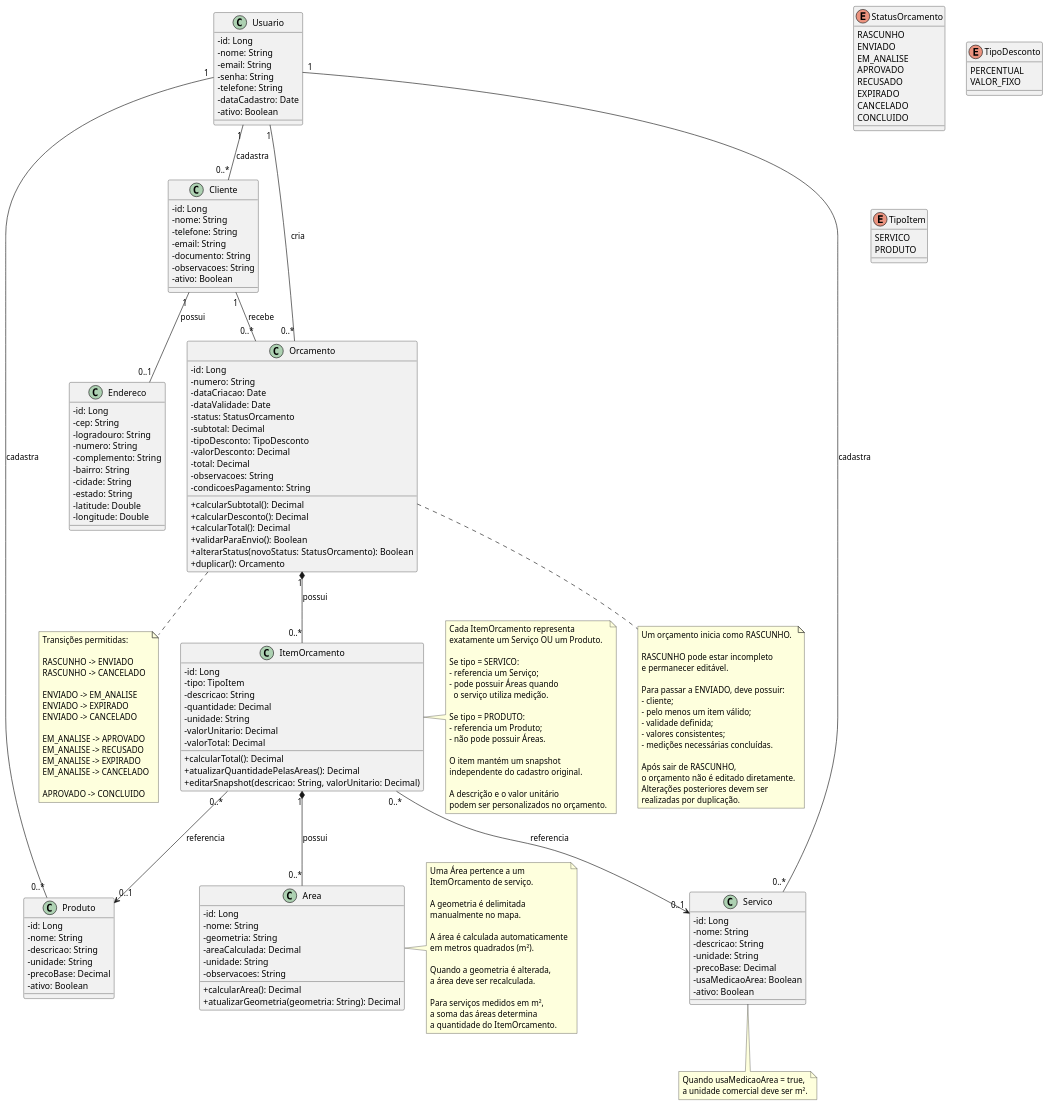
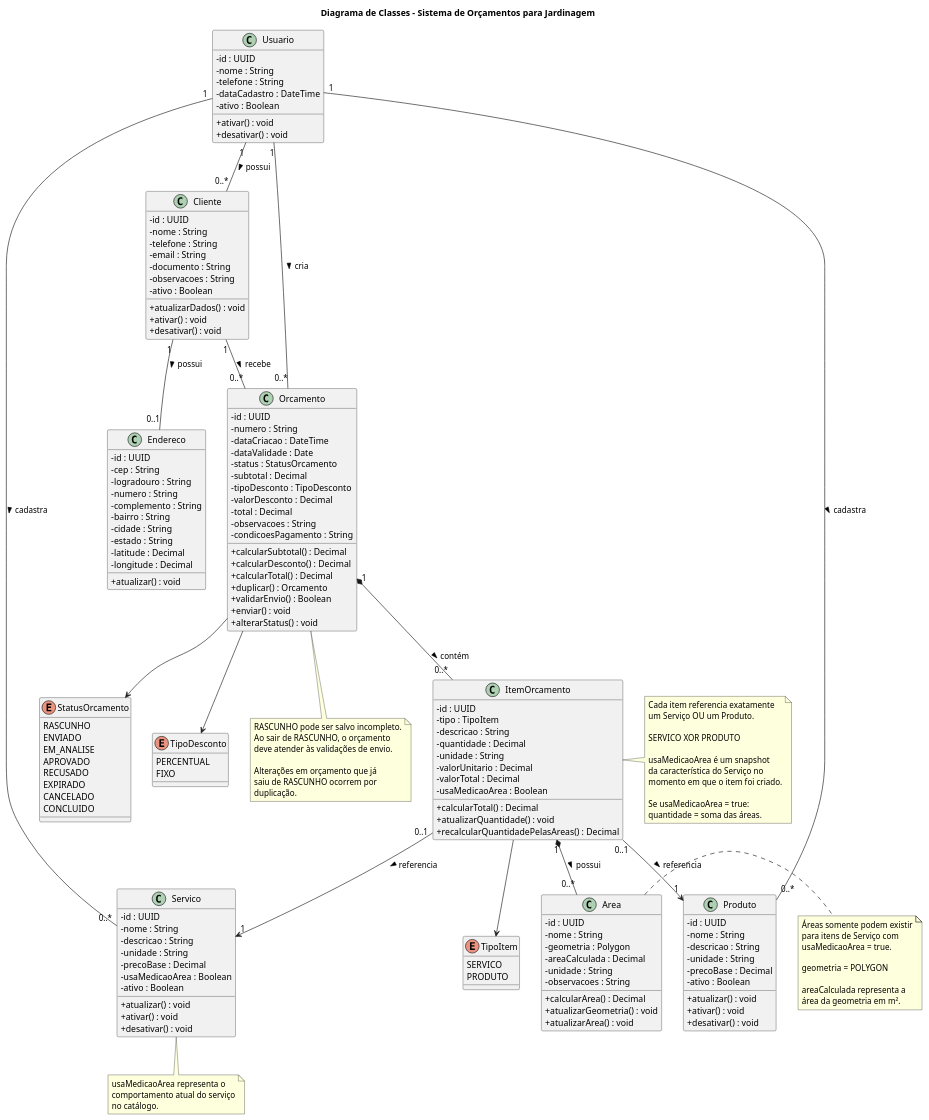
The diagram in docs/uml/classes.puml (luanmasao/jardinagem-app), drawn with PlantUML before and after one commit. The commit also changed 74 other files, not shown here.

```diff
--- a/docs/uml/classes.puml
+++ b/docs/uml/classes.puml
@@ -1,104 +1,125 @@
 @startuml
+
+title Diagrama de Classes - Sistema de Orçamentos para Jardinagem
+' Versão UML v3.1
 
 skinparam classAttributeIconSize 0
 
 class Usuario {
-    - id: Long
-    - nome: String
-    - email: String
-    - senha: String
-    - telefone: String
-    - dataCadastro: Date
-    - ativo: Boolean
+    - id : UUID
+    - nome : String
+    - telefone : String
+    - dataCadastro : DateTime
+    - ativo : Boolean
+
+    + ativar() : void
+    + desativar() : void
 }
 
 class Cliente {
-    - id: Long
-    - nome: String
-    - telefone: String
-    - email: String
-    - documento: String
-    - observacoes: String
-    - ativo: Boolean
+    - id : UUID
+    - nome : String
+    - telefone : String
+    - email : String
+    - documento : String
+    - observacoes : String
+    - ativo : Boolean
+
+    + atualizarDados() : void
+    + ativar() : void
+    + desativar() : void
 }
 
 class Endereco {
-    - id: Long
-    - cep: String
-    - logradouro: String
-    - numero: String
-    - complemento: String
-    - bairro: String
-    - cidade: String
-    - estado: String
-    - latitude: Double
-    - longitude: Double
+    - id : UUID
+    - cep : String
+    - logradouro : String
+    - numero : String
+    - complemento : String
+    - bairro : String
+    - cidade : String
+    - estado : String
+    - latitude : Decimal
+    - longitude : Decimal
+
+    + atualizar() : void
 }
 
 class Servico {
-    - id: Long
-    - nome: String
-    - descricao: String
-    - unidade: String
-    - precoBase: Decimal
-    - usaMedicaoArea: Boolean
-    - ativo: Boolean
+    - id : UUID
+    - nome : String
+    - descricao : String
+    - unidade : String
+    - precoBase : Decimal
+    - usaMedicaoArea : Boolean
+    - ativo : Boolean
+
+    + atualizar() : void
+    + ativar() : void
+    + desativar() : void
 }
 
 class Produto {
-    - id: Long
-    - nome: String
-    - descricao: String
-    - unidade: String
-    - precoBase: Decimal
-    - ativo: Boolean
+    - id : UUID
+    - nome : String
+    - descricao : String
+    - unidade : String
+    - precoBase : Decimal
+    - ativo : Boolean
+
+    + atualizar() : void
+    + ativar() : void
+    + desativar() : void
 }
 
 class Orcamento {
-    - id: Long
-    - numero: String
-    - dataCriacao: Date
-    - dataValidade: Date
-    - status: StatusOrcamento
-    - subtotal: Decimal
-    - tipoDesconto: TipoDesconto
-    - valorDesconto: Decimal
-    - total: Decimal
-    - observacoes: String
-    - condicoesPagamento: String
+    - id : UUID
+    - numero : String
+    - dataCriacao : DateTime
+    - dataValidade : Date
+    - status : StatusOrcamento
+    - subtotal : Decimal
+    - tipoDesconto : TipoDesconto
+    - valorDesconto : Decimal
+    - total : Decimal
+    - observacoes : String
+    - condicoesPagamento : String
 
-    + calcularSubtotal(): Decimal
-    + calcularDesconto(): Decimal
-    + calcularTotal(): Decimal
-    + validarParaEnvio(): Boolean
-    + alterarStatus(novoStatus: StatusOrcamento): Boolean
-    + duplicar(): Orcamento
+    + calcularSubtotal() : Decimal
+    + calcularDesconto() : Decimal
+    + calcularTotal() : Decimal
+    + duplicar() : Orcamento
+    + validarEnvio() : Boolean
+    + enviar() : void
+    + alterarStatus() : void
 }
 
 class ItemOrcamento {
-    - id: Long
-    - tipo: TipoItem
-    - descricao: String
-    - quantidade: Decimal
-    - unidade: String
-    - valorUnitario: Decimal
-    - valorTotal: Decimal
+    - id : UUID
+    - tipo : TipoItem
+    - descricao : String
+    - quantidade : Decimal
+    - unidade : String
+    - valorUnitario : Decimal
+    - valorTotal : Decimal
+    - usaMedicaoArea : Boolean
 
-    + calcularTotal(): Decimal
-    + atualizarQuantidadePelasAreas(): Decimal
-    + editarSnapshot(descricao: String, valorUnitario: Decimal)
+    + calcularTotal() : Decimal
+    + atualizarQuantidade() : void
+    + recalcularQuantidadePelasAreas() : Decimal
 }
 
 class Area {
-    - id: Long
-    - nome: String
-    - geometria: String
-    - areaCalculada: Decimal
-    - unidade: String
-    - observacoes: String
+    - id : UUID
+    - nome : String
+    - geometria : Polygon
+    - areaCalculada : Decimal
+    - unidade : String
+    - observacoes : String
 
-    + calcularArea(): Decimal
-    + atualizarGeometria(geometria: String): Decimal
+    + calcularArea() : Decimal
+    + atualizarGeometria() : void
+    + atualizarArea() : void
 }
 
 enum StatusOrcamento {
@@ -114,7 +135,7 @@
 
 enum TipoDesconto {
     PERCENTUAL
-    VALOR_FIXO
+    FIXO
 }
 
 enum TipoItem {
@@ -122,105 +143,64 @@
     PRODUTO
 }
 
+Usuario "1" -- "0..*" Cliente : possui >
+Usuario "1" -- "0..*" Servico : cadastra >
+Usuario "1" -- "0..*" Produto : cadastra >
+Usuario "1" -- "0..*" Orcamento : cria >
 
-Usuario "1" -- "0..*" Cliente : cadastra
-Usuario "1" -- "0..*" Servico : cadastra
-Usuario "1" -- "0..*" Produto : cadastra
-Usuario "1" -- "0..*" Orcamento : cria
+Cliente "1" -- "0..1" Endereco : possui >
+Cliente "1" -- "0..*" Orcamento : recebe >
 
-Cliente "1" -- "0..1" Endereco : possui
-Cliente "1" -- "0..*" Orcamento : recebe
+Orcamento "1" *-- "0..*" ItemOrcamento : contém >
 
-Orcamento "1" *-- "0..*" ItemOrcamento : possui
+ItemOrcamento "0..1" --> "1" Servico : referencia >
+ItemOrcamento "0..1" --> "1" Produto : referencia >
 
-ItemOrcamento "0..*" --> "0..1" Servico : referencia
-ItemOrcamento "0..*" --> "0..1" Produto : referencia
+ItemOrcamento "1" *-- "0..*" Area : possui >
 
-ItemOrcamento "1" *-- "0..*" Area : possui
-
+Orcamento --> StatusOrcamento
+Orcamento --> TipoDesconto
+ItemOrcamento --> TipoItem
 
 note right of ItemOrcamento
-Cada ItemOrcamento representa
-exatamente um Serviço OU um Produto.
+    Cada item referencia exatamente
+    um Serviço OU um Produto.
 
-Se tipo = SERVICO:
-- referencia um Serviço;
-- pode possuir Áreas quando
-  o serviço utiliza medição.
+    SERVICO XOR PRODUTO
 
-Se tipo = PRODUTO:
-- referencia um Produto;
-- não pode possuir Áreas.
+    usaMedicaoArea é um snapshot
+    da característica do Serviço no
+    momento em que o item foi criado.
 
-O item mantém um snapshot
-independente do cadastro original.
-
-A descrição e o valor unitário
-podem ser personalizados no orçamento.
+    Se usaMedicaoArea = true:
+    quantidade = soma das áreas.
 end note
 
+note right of Area
+    Áreas somente podem existir
+    para itens de Serviço com
+    usaMedicaoArea = true.
 
-note right of Area
-Uma Área pertence a um
-ItemOrcamento de serviço.
+    geometria = POLYGON
 
-A geometria é delimitada
-manualmente no mapa.
-
-A área é calculada automaticamente
-em metros quadrados (m²).
-
-Quando a geometria é alterada,
-a área deve ser recalculada.
-
-Para serviços medidos em m²,
-a soma das áreas determina
-a quantidade do ItemOrcamento.
+    areaCalculada representa a
+    área da geometria em m².
 end note
 
+note bottom of Orcamento
+    RASCUNHO pode ser salvo incompleto.
+    Ao sair de RASCUNHO, o orçamento
+    deve atender às validações de envio.
 
-note bottom of Orcamento
-Um orçamento inicia como RASCUNHO.
-
-RASCUNHO pode estar incompleto
-e permanecer editável.
-
-Para passar a ENVIADO, deve possuir:
-- cliente;
-- pelo menos um item válido;
-- validade definida;
-- valores consistentes;
-- medições necessárias concluídas.
-
-Após sair de RASCUNHO,
-o orçamento não é editado diretamente.
-Alterações posteriores devem ser
-realizadas por duplicação.
+    Alterações em orçamento que já
+    saiu de RASCUNHO ocorrem por
+    duplicação.
 end note
 
-
 note bottom of Servico
-Quando usaMedicaoArea = true,
-a unidade comercial deve ser m².
-end note
-
-
-note bottom of Orcamento
-Transições permitidas:
-
-RASCUNHO -> ENVIADO
-RASCUNHO -> CANCELADO
-
-ENVIADO -> EM_ANALISE
-ENVIADO -> EXPIRADO
-ENVIADO -> CANCELADO
-
-EM_ANALISE -> APROVADO
-EM_ANALISE -> RECUSADO
-EM_ANALISE -> EXPIRADO
-EM_ANALISE -> CANCELADO
-
-APROVADO -> CONCLUIDO
+    usaMedicaoArea representa o
+    comportamento atual do serviço
+    no catálogo.
 end note
 
 @enduml
```
